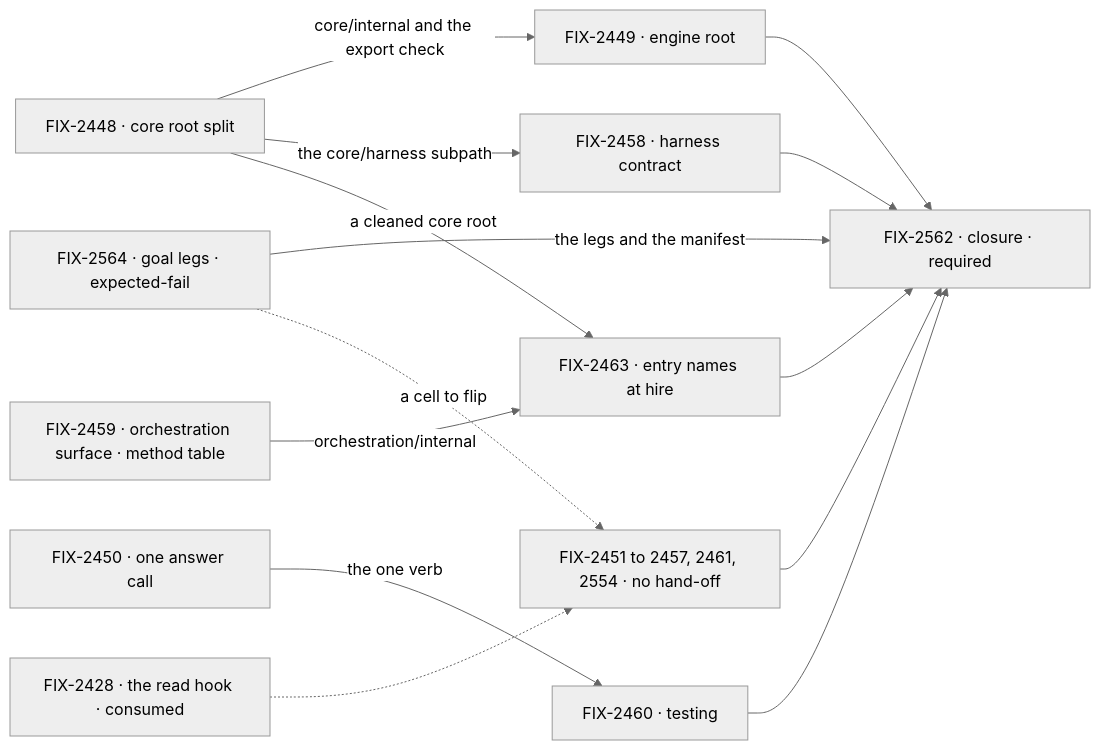
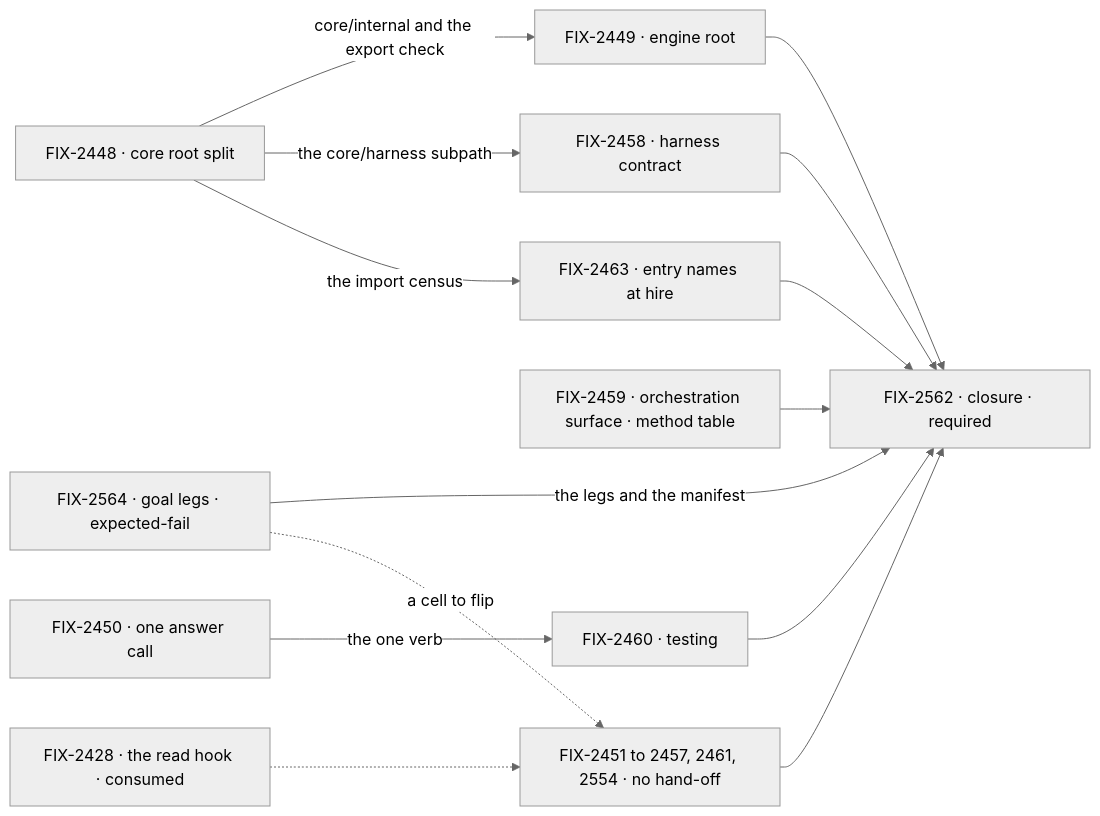
Before and after one commit to fixpoint-labs/flow-state-dev: the second of 2 diagrams in specs/epics/FIX-2447/SPEC.md, drawn with Mermaid (neutral theme). The commit also changed other lines of this file, not shown here.

Commit message:
spec-set: FIX-2463 no longer waits on FIX-2459 in the epic graph
Claude-Session: https://claude.ai/code/session_011UNkLC9NknMcaqpK1h2mVK

````diff
--- a/specs/epics/FIX-2447/SPEC.md
+++ b/specs/epics/FIX-2447/SPEC.md
@@ -125,17 +125,18 @@
 ```mermaid
 flowchart LR
   A["FIX-2448 · core root split"] -->|"core/internal and the export check"| B["FIX-2449 · engine root"]
   A -->|"the core/harness subpath"| H["FIX-2458 · harness contract"]
-  A -->|"a cleaned core root"| P["FIX-2463 · entry names at hire"]
-  O["FIX-2459 · orchestration surface · method table"] -->|"orchestration/internal"| P
+  A -->|"the import census"| P["FIX-2463 · entry names at hire"]
+  O["FIX-2459 · orchestration surface · method table"]
   R["FIX-2450 · one answer call"] -->|"the one verb"| T["FIX-2460 · testing"]
   G["FIX-2451 to 2457, 2461, 2554 · no hand-off"]
   Q["FIX-2564 · goal legs · expected-fail"] -->|"the legs and the manifest"| C
   Q -.->|"a cell to flip"| G
   X["FIX-2428 · the read hook · consumed"] -.-> G
   B --> C["FIX-2562 · closure · required"]
   H --> C
   P --> C
+  O --> C
   T --> C
   G --> C
 ```
````
